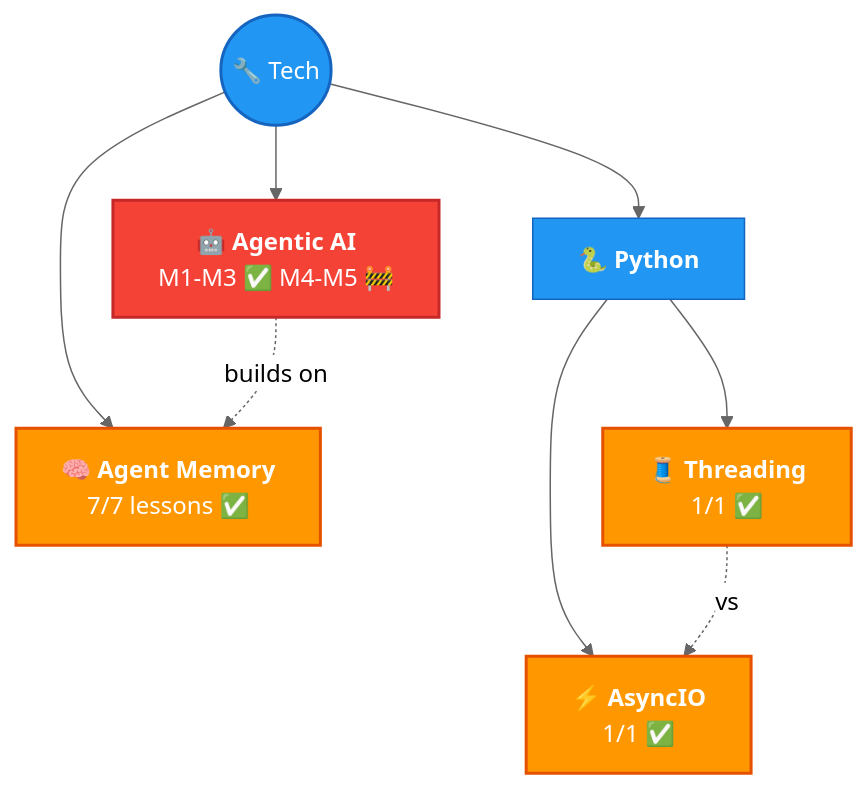
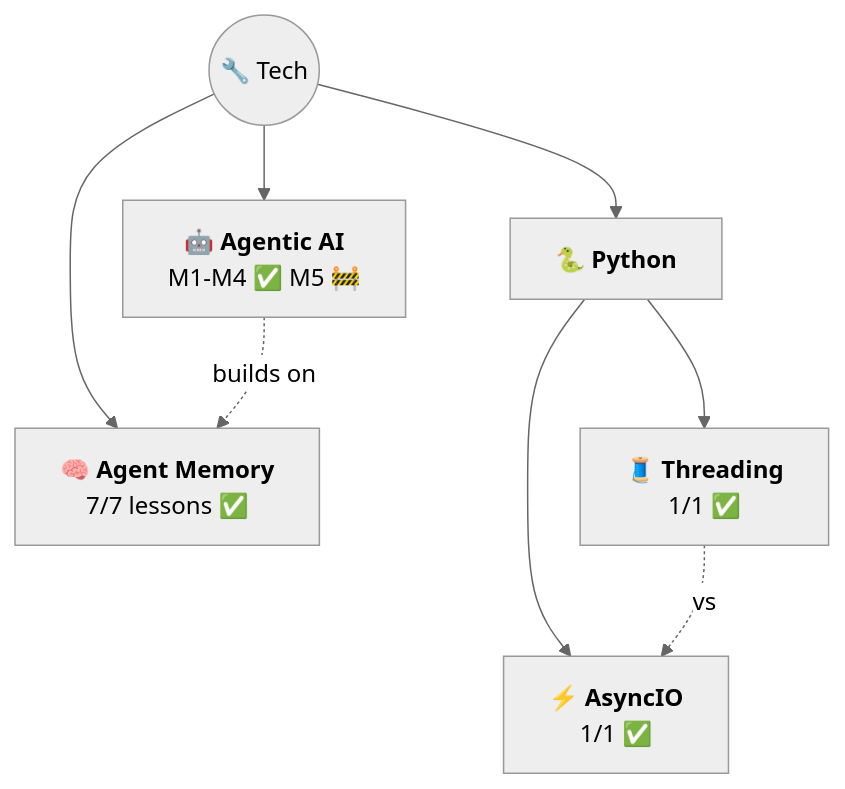
The diagram in tech/README.md (AyushSonuu/my-memory), drawn with Mermaid (neutral theme) before and after one commit. The commit also changed other lines of this file and 10 other files, not shown here.

````diff
--- a/tech/README.md
+++ b/tech/README.md
@@ -5,18 +5,11 @@
 ```mermaid
 graph TB
     T(("🔧 Tech"))
-    T --> AG["🤖 <b>Agentic AI</b><br/>M1-M3 ✅ M4-M5 🚧"]
+    T --> AG["🤖 <b>Agentic AI</b><br/>M1-M4 ✅ M5 🚧"]
     T --> AM["🧠 <b>Agent Memory</b><br/>7/7 lessons ✅"]
     T --> PY["🐍 <b>Python</b>"]
     PY --> AIO["⚡ <b>AsyncIO</b><br/>1/1 ✅"]
     PY --> THR["🧵 <b>Threading</b><br/>1/1 ✅"]
     AG -.->|"builds on"| AM
     THR -.->|"vs"| AIO
-
-    style T fill:#2196f3,color:#fff,stroke:#1565c0,stroke-width:2px
-    style AG fill:#f44336,color:#fff,stroke:#c62828,stroke-width:2px
-    style AM fill:#ff9800,color:#fff,stroke:#e65100,stroke-width:2px
-    style PY fill:#2196f3,color:#fff,stroke:#1565c0
-    style AIO fill:#ff9800,color:#fff,stroke:#e65100,stroke-width:2px
-    style THR fill:#ff9800,color:#fff,stroke:#e65100,stroke-width:2px
 ```
````
